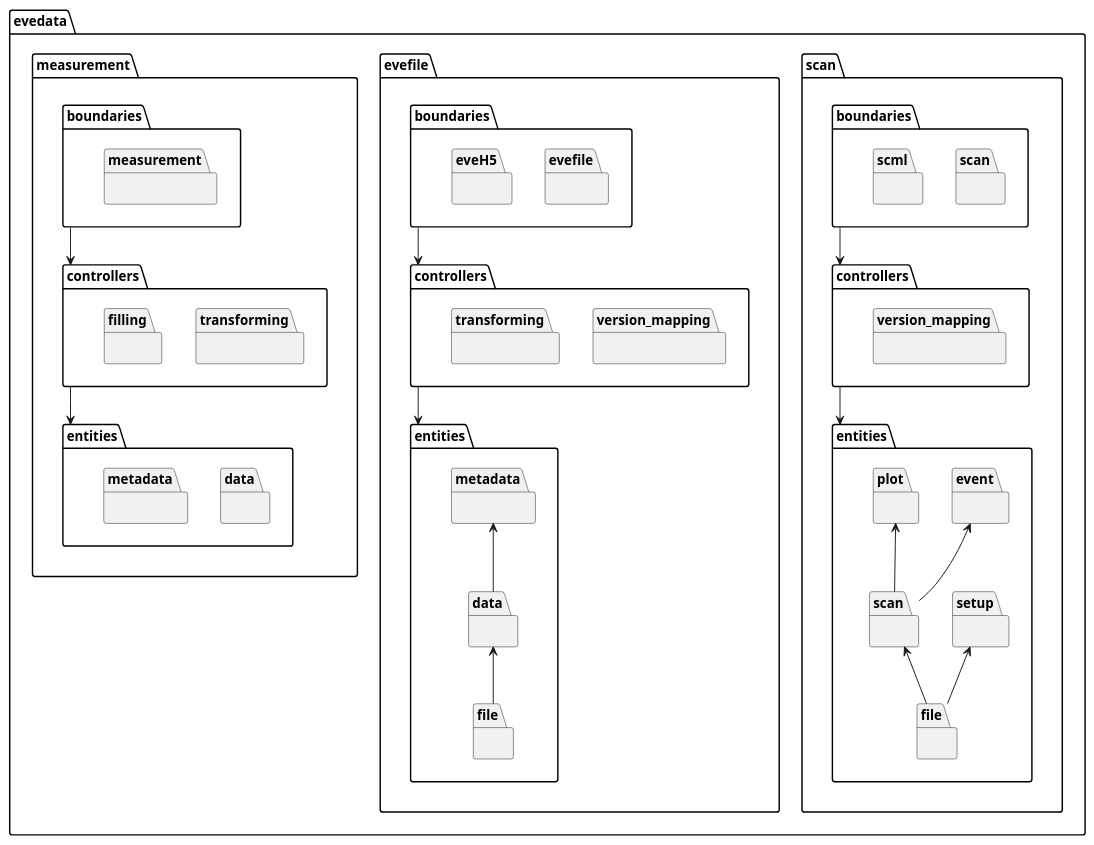
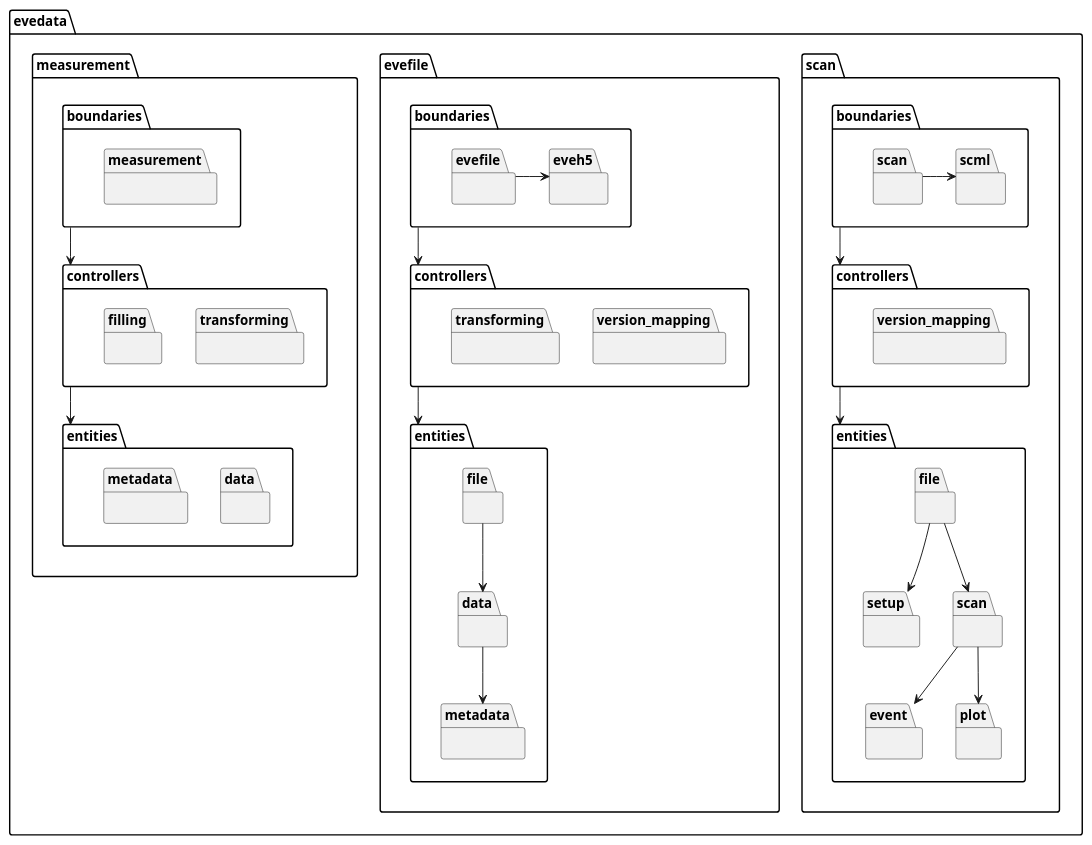
Before and after one commit to tillbiskup/evedata: the diagram in docs/uml/evedata-functional-layers.puml, drawn with PlantUML. The commit also changed 2 other files, not shown here.

Commit message:
Update functional layers UML diagram

```diff
--- a/docs/uml/evedata-functional-layers.puml
+++ b/docs/uml/evedata-functional-layers.puml
@@ -1,76 +1,78 @@
 @startuml
 'skinparam dpi 150
 
 package evedata {
     package evedata.scan {
         package evedata.scan.boundaries {
             package scan {}
             package scml {}
+            scan -> scml
         }
         package evedata.scan.controllers {
             package version_mapping {}
         }
         package evedata.scan.entities {
             package file {
             }
             package setup {
             }
             package scan {
             }
             package event {
             }
             package plot {
             }
 
-            setup <-- file
-            scan <-- file
-            event <-- scan
-            plot <-- scan
+            file -down-> setup
+            file -down-> scan
+            scan -down-> event
+            scan -down-> plot
         }
         evedata.scan.boundaries --> evedata.scan.controllers
         evedata.scan.controllers --> evedata.scan.entities
     }
 
     package evedata.evefile {
         package evedata.evefile.boundaries {
             package evefile {}
-            package eveH5 {}
+            package eveh5 {}
+            evefile -> eveh5
         }
         package evedata.evefile.controllers {
             package version_mapping {}
             package transforming {}
         }
         package evedata.evefile.entities {
             package evedata.evefile.entities.file {
             }
             package evedata.evefile.entities.data {
             }
             package evedata.evefile.entities.metadata {
             }
+            file -down-> data
+            data -down-> metadata
 
-            evedata.evefile.entities.metadata <-- evedata.evefile.entities.data
-            evedata.evefile.entities.data <-- evedata.evefile.entities.file
         }
         evedata.evefile.boundaries --> evedata.evefile.controllers
         evedata.evefile.controllers --> evedata.evefile.entities
     }
 
     package evedata.measurement {
         package evedata.measurement.boundaries {
             package measurement {}
         }
         package evedata.measurement.controllers {
             package transforming {}
             package filling {}
         }
         package evedata.measurement.entities {
             package data {}
             package metadata {}
         }
 
         evedata.measurement.boundaries --> evedata.measurement.controllers
         evedata.measurement.controllers --> evedata.measurement.entities
     }
 }
 
 @enduml
```
